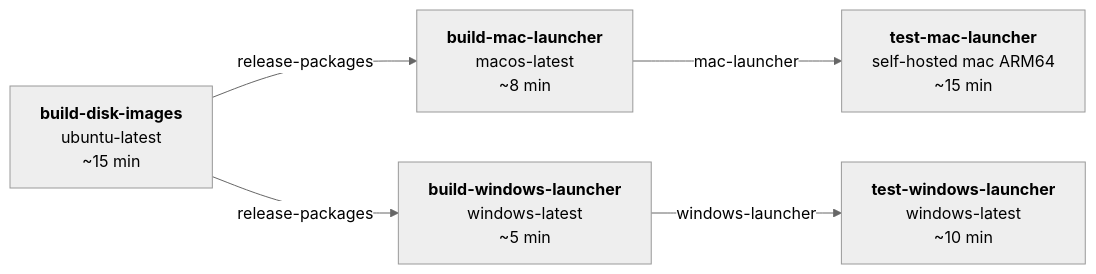
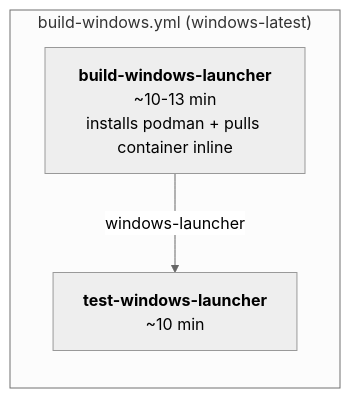
Before and after one commit to exasol/exasol-local-vm: the diagram in windows-runner-build-process.md, drawn with Mermaid (neutral theme). The commit also changed other lines of this file and 7 other files, not shown here.

````diff
--- a/windows-runner-build-process.md
+++ b/windows-runner-build-process.md
@@ -90,7 +81,7 @@
 ```mermaid
 flowchart LR
-    A["<b>build-disk-images</b><br/>ubuntu-latest<br/>~15 min"] -->|release-packages| B["<b>build-mac-launcher</b><br/>macos-latest<br/>~8 min"]
-    A -->|release-packages| C["<b>build-windows-launcher</b><br/>windows-latest<br/>~5 min"]
-    B -->|mac-launcher| D["<b>test-mac-launcher</b><br/>self-hosted mac ARM64<br/>~15 min"]
-    C -->|windows-launcher| E["<b>test-windows-launcher</b><br/>windows-latest<br/>~10 min"]
+    subgraph "build-windows.yml (windows-latest)"
+        C["<b>build-windows-launcher</b><br/>~10-13 min<br/>installs podman + pulls container inline"]
+        C -->|windows-launcher| E["<b>test-windows-launcher</b><br/>~10 min"]
+    end
 ```
````
